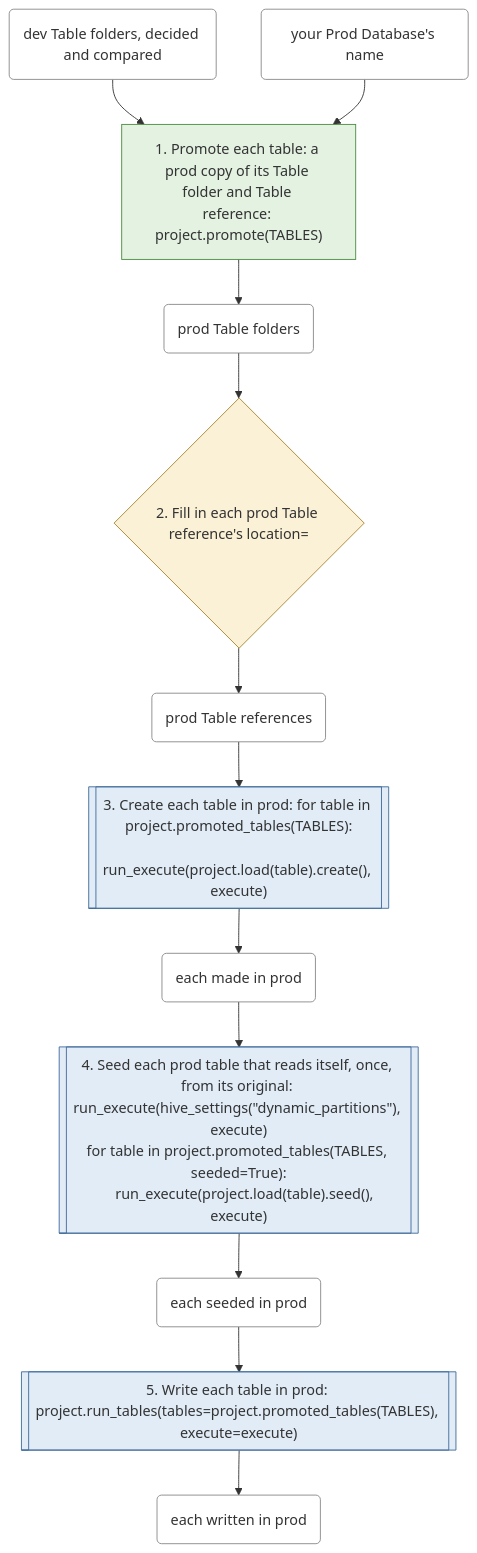
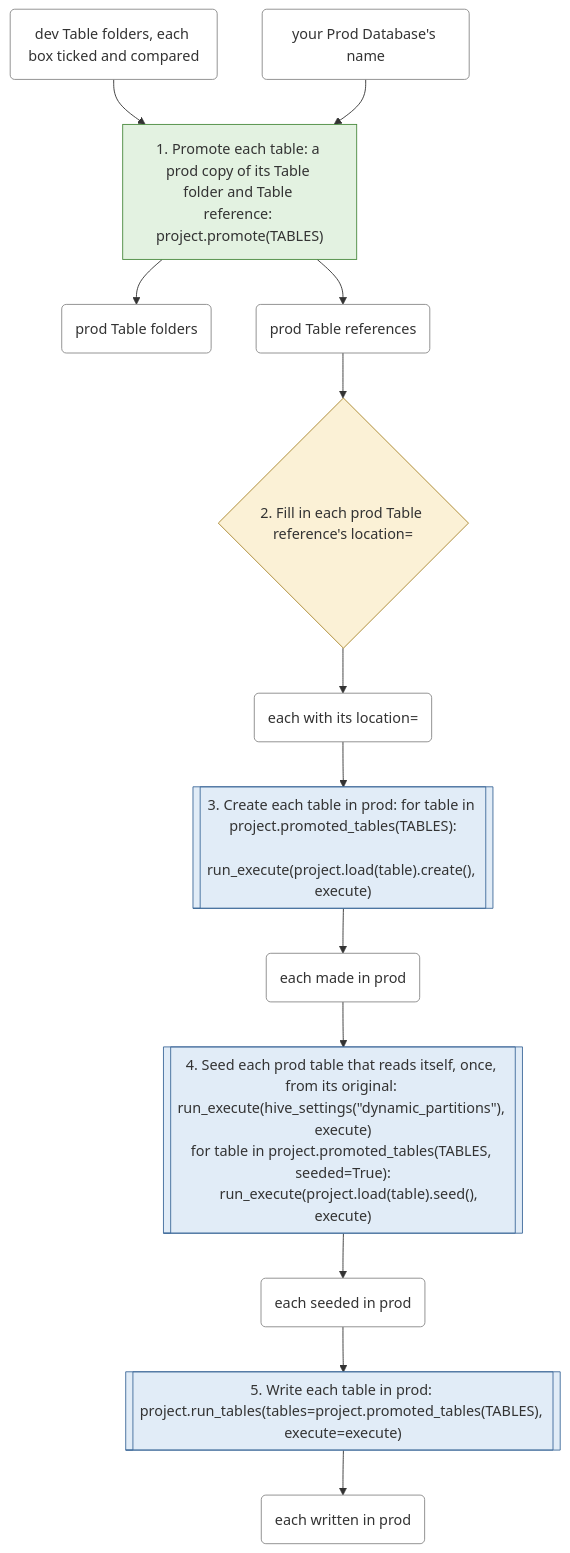
Before and after one commit to EdgyPage/SQL-Composer: the second of 6 diagrams in docs/workflows.md, drawn with Mermaid. The commit also changed other lines of this file and 13 other files, not shown here.

````diff
--- a/docs/workflows.md
+++ b/docs/workflows.md
@@ -90,46 +90,49 @@
 ```mermaid
 flowchart TD
     s0["1. Promote each table: a prod copy of its Table folder and Table reference: project.promote(TABLES)"]
     class s0 file
     t0 --> s0
     t1 --> s0
     s0 --> t2
+    s0 --> t3
     s1{"2. Fill in each prod Table reference's location="}
     class s1 decision
-    t2 --> s1
-    s1 --> t3
+    t3 --> s1
+    s1 --> t4
     s2[["3. Create each table in prod: for table in project.promoted_tables(TABLES):
     run_execute(project.load(table).create(), execute)"]]
     class s2 permission
-    t3 --> s2
-    s2 --> t4
+    t4 --> s2
+    s2 --> t5
     s3[["4. Seed each prod table that reads itself, once, from its original: run_execute(hive_settings(#quot;dynamic_partitions#quot;), execute)
 for table in project.promoted_tables(TABLES, seeded=True):
     run_execute(project.load(table).seed(), execute)"]]
     class s3 permission
-    t4 --> s3
-    s3 --> t5
+    t5 --> s3
+    s3 --> t6
     s4[["5. Write each table in prod: project.run_tables(tables=project.promoted_tables(TABLES), execute=execute)"]]
     class s4 permission
-    t5 --> s4
-    s4 --> t6
-    t0("dev Table folders, decided and compared")
+    t6 --> s4
+    s4 --> t7
+    t0("dev Table folders, each box ticked and compared")
     class t0 thing
     t1("your Prod Database's name")
     class t1 thing
     t2("prod Table folders")
     class t2 thing
     t3("prod Table references")
     class t3 thing
-    t4("each made in prod")
+    t4("each with its location=")
     class t4 thing
-    t5("each seeded in prod")
+    t5("each made in prod")
     class t5 thing
-    t6("each written in prod")
+    t6("each seeded in prod")
     class t6 thing
+    t7("each written in prod")
+    class t7 thing
     classDef file fill:#e3f2e1,stroke:#4a8a3f
     classDef permission fill:#e1ecf7,stroke:#3f6a9a
     classDef decision fill:#fbf1d6,stroke:#a8842a
     classDef fiddling fill:#f8d7d5,stroke:#b03a30
     classDef thing fill:#ffffff,stroke:#888888
 ```
````
